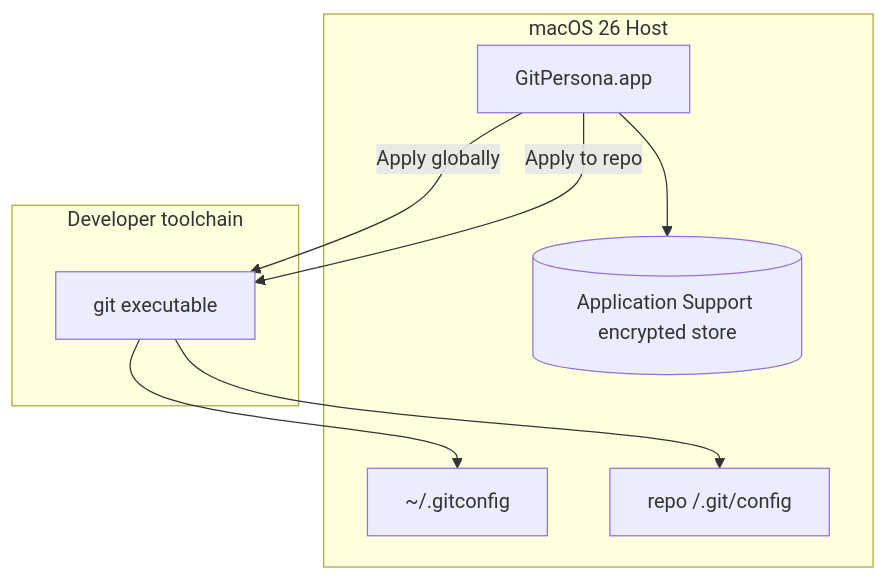
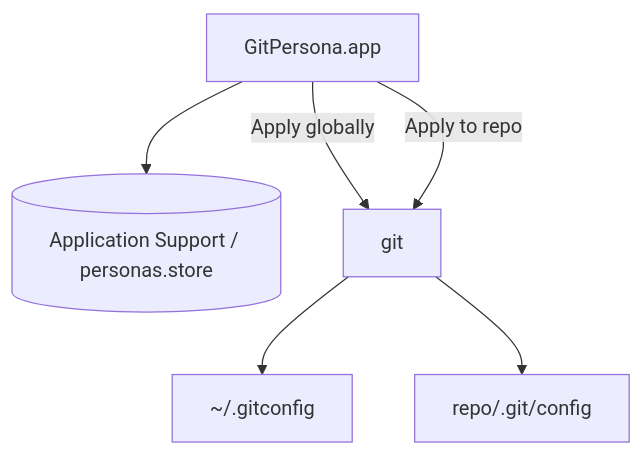
Before and after one commit to erbilnas/git-persona: the second of 2 diagrams in README.md, drawn with Mermaid. The commit also changed other lines of this file, not shown here.

First line of the commit message:
docs(readme): rewrite install, usage, and architecture sections

````diff
--- a/README.md
+++ b/README.md
@@ -159,17 +125,13 @@
 ```mermaid
 flowchart TB
-  subgraph macOS [macOS 26 Host]
-    GP[GitPersona.app]
-    FS[(Application Support encrypted store)]
-    GC[~/.gitconfig]
-    LC[ repo /.git/config ]
-  end
-  subgraph toolchain [Developer toolchain]
-    GIT[git executable]
-  end
+  GP[GitPersona.app]
+  FS[(Application Support / personas.store)]
+  GC["~/.gitconfig"]
+  LC["repo/.git/config"]
+  GIT[git]
   GP --> FS
   GP -->|"Apply globally"| GIT
   GIT --> GC
   GP -->|"Apply to repo"| GIT
   GIT --> LC
 ```
````
